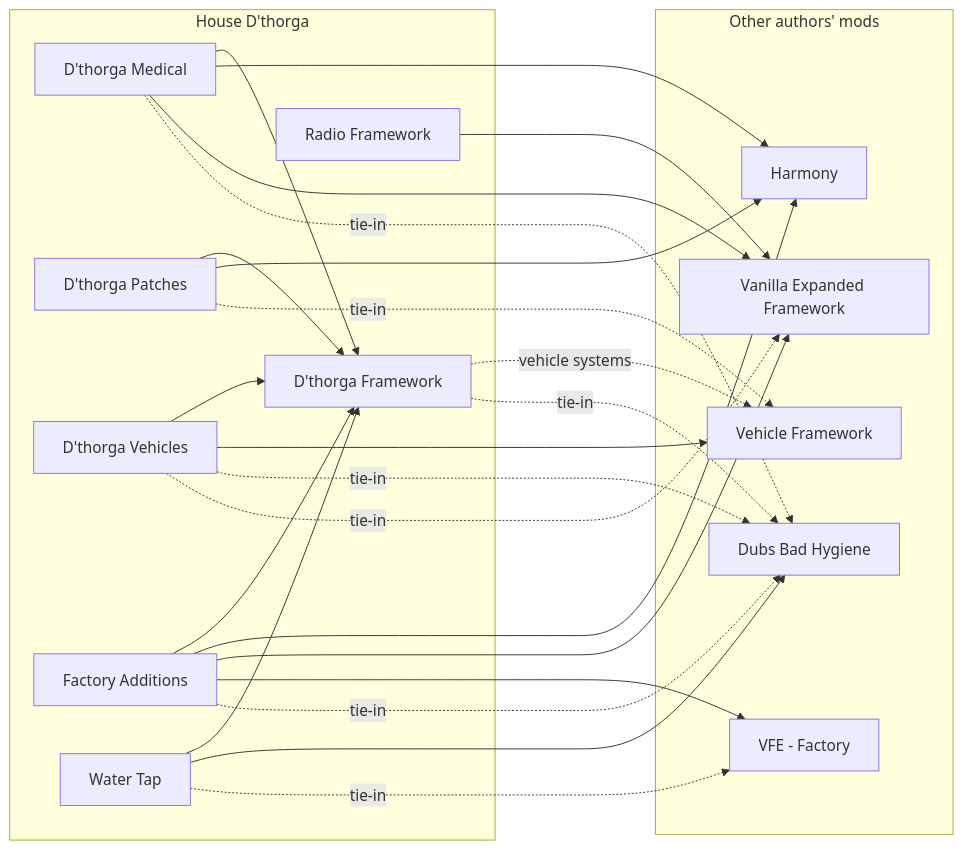
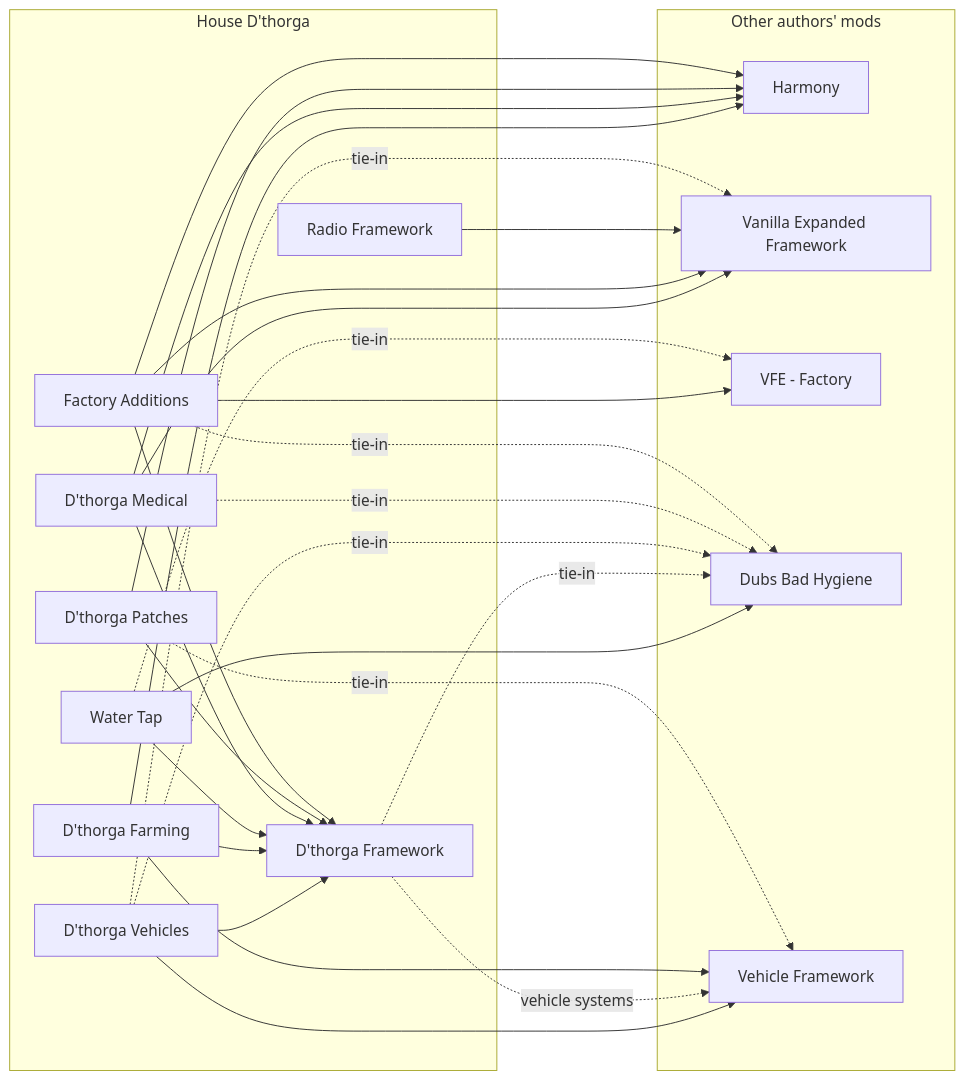
Before and after one commit to phobos-dthorga/phobos-rimworld: the diagram in README.md, drawn with Mermaid. The commit also changed other lines of this file and 112 other files, not shown here.

````diff
--- a/README.md
+++ b/README.md
@@ -43,41 +44,45 @@
 ```mermaid
 flowchart LR
     subgraph ours["House D'thorga"]
         Framework["D'thorga Framework"]
         Medical["D'thorga Medical"]
         Patches["D'thorga Patches"]
         Vehicles["D'thorga Vehicles"]
         Factory["Factory Additions"]
+        Farming["D'thorga Farming"]
         Tap["Water Tap"]
         Radio["Radio Framework"]
     end
     subgraph theirs["Other authors' mods"]
         Harmony["Harmony"]
         VEF["Vanilla Expanded Framework"]
         VFEF["VFE - Factory"]
         DBH["Dubs Bad Hygiene"]
         VF["Vehicle Framework"]
     end
     Vehicles --> Framework
     Vehicles --> VF
     Framework -. "vehicle systems" .-> VF
+    Farming --> Framework
+    Farming --> VF
+    Farming --> Harmony
     Tap --> Framework
     Medical --> Framework
     Patches --> Framework
     Factory --> Framework
     Medical --> Harmony
     Patches --> Harmony
     Factory --> Harmony
     Medical --> VEF
     Factory --> VEF
     Radio --> VEF
     Factory --> VFEF
     Tap --> DBH
     Framework -. "tie-in" .-> DBH
     Vehicles -. "tie-in" .-> DBH
     Medical -. "tie-in" .-> DBH
     Factory -. "tie-in" .-> DBH
     Vehicles -. "tie-in" .-> VEF
     Patches -. "tie-in" .-> VF
     Tap -. "tie-in" .-> VFEF
 ```
````
